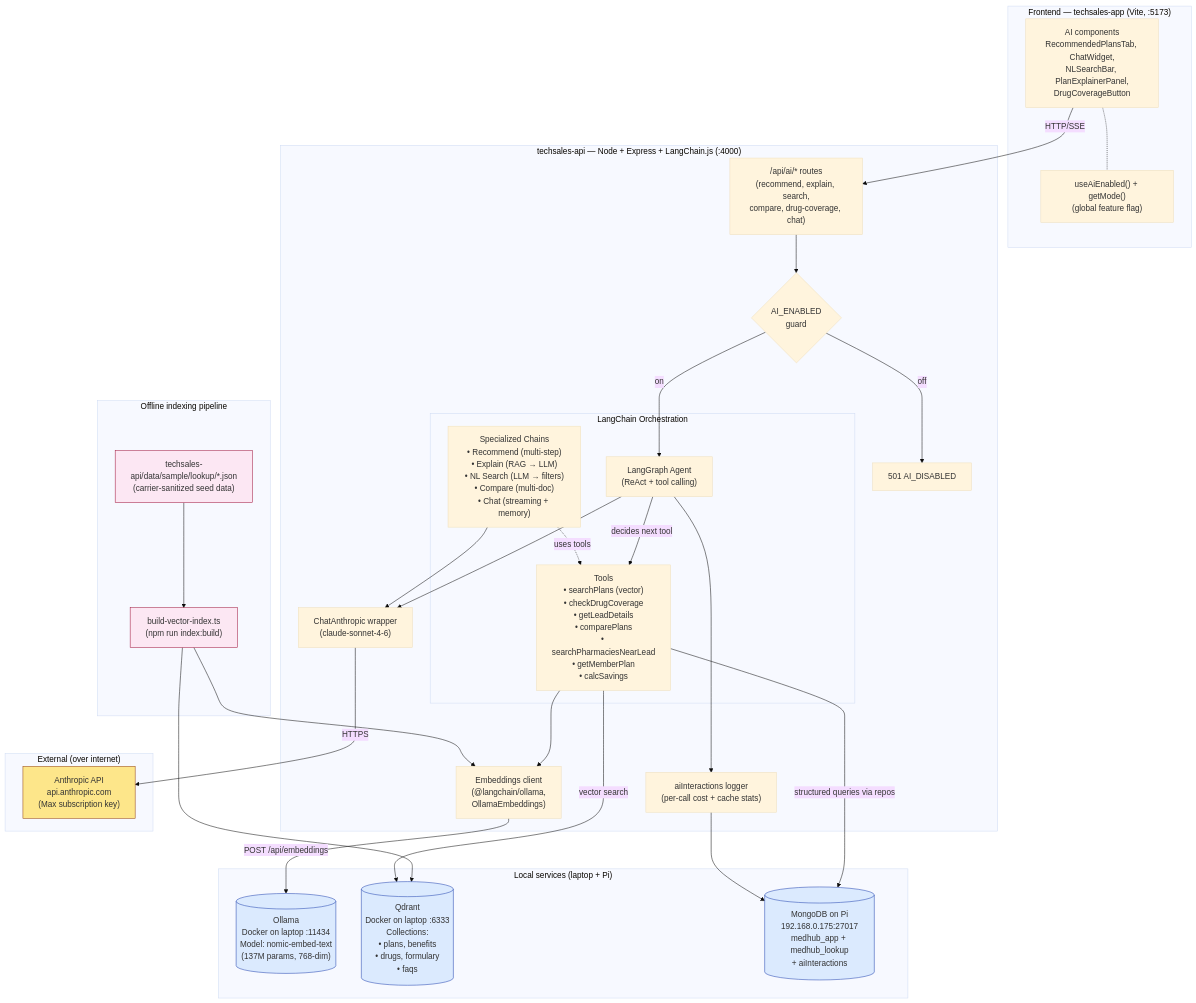
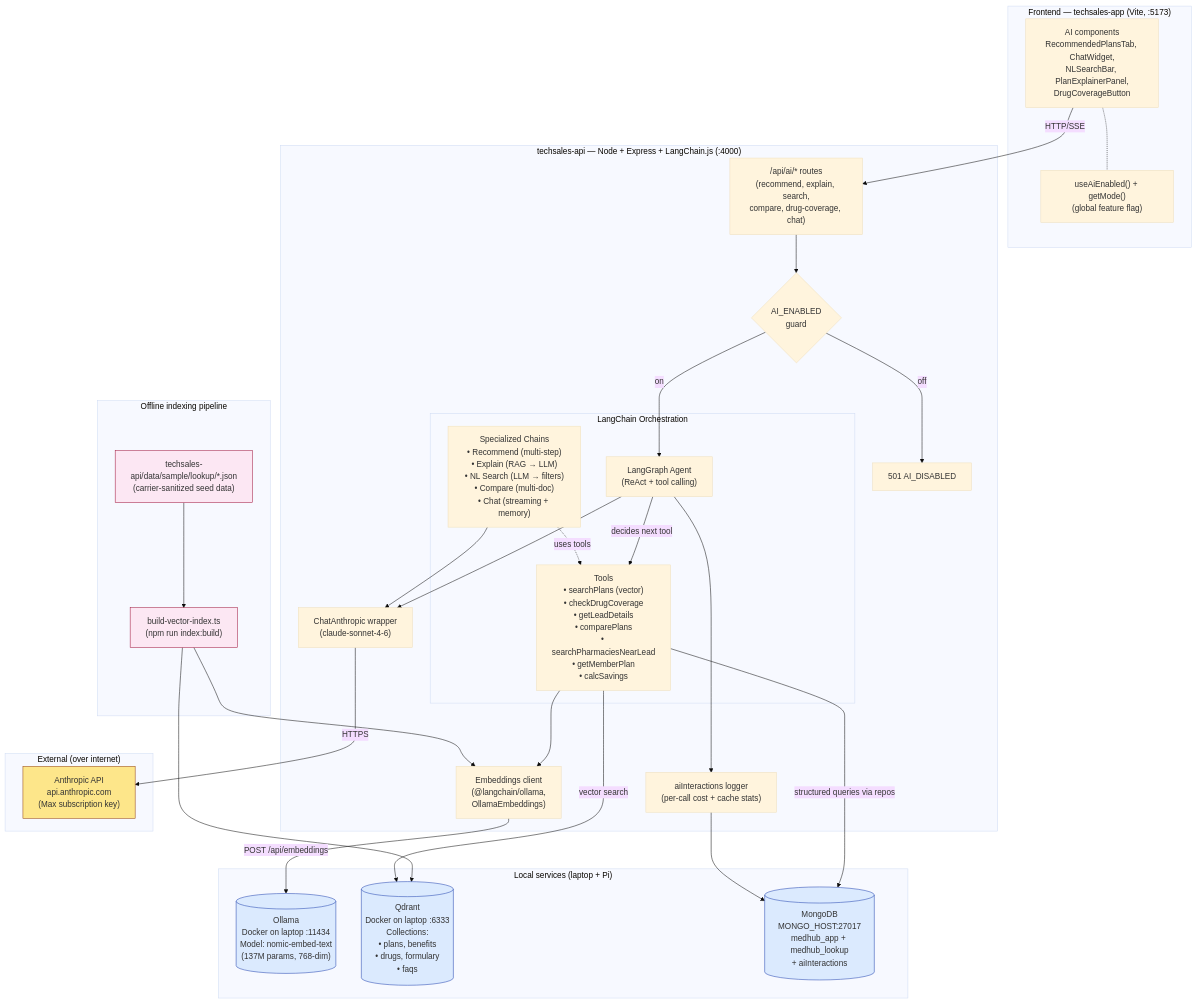
The diagram in AI_BACKEND_PLAN.md (Rubaraj/TechSalesApp), drawn with Mermaid (base theme) before and after one commit. The commit also changed 7 other files, not shown here.

First line of the commit message:
Genericize Mongo host and public URL in API docs and env template

````diff
--- a/AI_BACKEND_PLAN.md
+++ b/AI_BACKEND_PLAN.md
@@ -21,64 +21,64 @@
 ```mermaid
 flowchart TB
     subgraph FE["Frontend — techsales-app (Vite, :5173)"]
         FEUI["AI components<br/>RecommendedPlansTab, ChatWidget,<br/>NLSearchBar, PlanExplainerPanel,<br/>DrugCoverageButton"]
         FECTX["useAiEnabled() + getMode()<br/>(global feature flag)"]
         FEUI -.- FECTX
     end
 
     subgraph BE["techsales-api — Node + Express + LangChain.js (:4000)"]
         ROUTES["/api/ai/* routes<br/>(recommend, explain, search,<br/>compare, drug-coverage, chat)"]
         ROUTES --> GUARD{"AI_ENABLED<br/>guard"}
         GUARD -->|on| AGENT
         GUARD -->|off| H501["501 AI_DISABLED"]
 
         subgraph ORCH["LangChain Orchestration"]
             AGENT["LangGraph Agent<br/>(ReAct + tool calling)"]
             TOOLS["Tools<br/>• searchPlans (vector)<br/>• checkDrugCoverage<br/>• getLeadDetails<br/>• comparePlans<br/>• searchPharmaciesNearLead<br/>• getMemberPlan<br/>• calcSavings"]
             CHAINS["Specialized Chains<br/>• Recommend (multi-step)<br/>• Explain (RAG → LLM)<br/>• NL Search (LLM → filters)<br/>• Compare (multi-doc)<br/>• Chat (streaming + memory)"]
             AGENT -- "decides next tool" --> TOOLS
             CHAINS -. "uses tools" .-> TOOLS
         end
 
         EMB["Embeddings client<br/>(@langchain/ollama,<br/>OllamaEmbeddings)"]
         ANTHROPIC["ChatAnthropic wrapper<br/>(claude-sonnet-4-6)"]
         AUDIT["aiInteractions logger<br/>(per-call cost + cache stats)"]
 
         TOOLS --> EMB
         AGENT --> ANTHROPIC
         CHAINS --> ANTHROPIC
         AGENT --> AUDIT
     end
 
     subgraph LOCAL["Local services (laptop + Pi)"]
         OLLAMA[("Ollama<br/>Docker on laptop :11434<br/>Model: nomic-embed-text<br/>(137M params, 768-dim)")]
         QDRANT[("Qdrant<br/>Docker on laptop :6333<br/>Collections:<br/>• plans, benefits<br/>• drugs, formulary<br/>• faqs")]
-        MONGO[("MongoDB on Pi<br/>192.168.0.175:27017<br/>medhub_app + medhub_lookup<br/>+ aiInteractions")]
+        MONGO[("MongoDB<br/>MONGO_HOST:27017<br/>medhub_app + medhub_lookup<br/>+ aiInteractions")]
     end
 
     subgraph EXT["External (over internet)"]
         CLAUDE_API["Anthropic API<br/>api.anthropic.com<br/>(Max subscription key)"]
     end
 
     subgraph PIPELINE["Offline indexing pipeline"]
         SAMPLE["techsales-api/data/sample/lookup/*.json<br/>(carrier-sanitized seed data)"]
         INDEX["build-vector-index.ts<br/>(npm run index:build)"]
         SAMPLE --> INDEX
         INDEX --> EMB
         INDEX --> QDRANT
     end
 
     FEUI -- "HTTP/SSE" --> ROUTES
     EMB -- "POST /api/embeddings" --> OLLAMA
     TOOLS -- "vector search" --> QDRANT
     TOOLS -- "structured queries via repos" --> MONGO
     ANTHROPIC -- "HTTPS" --> CLAUDE_API
     AUDIT --> MONGO
 
     classDef external fill:#fde68a,stroke:#92400e
     classDef local fill:#dbeafe,stroke:#1e40af
     classDef pipeline fill:#fce7f3,stroke:#9f1239
     class CLAUDE_API external
     class OLLAMA,QDRANT,MONGO local
     class SAMPLE,INDEX pipeline
 ```
````
